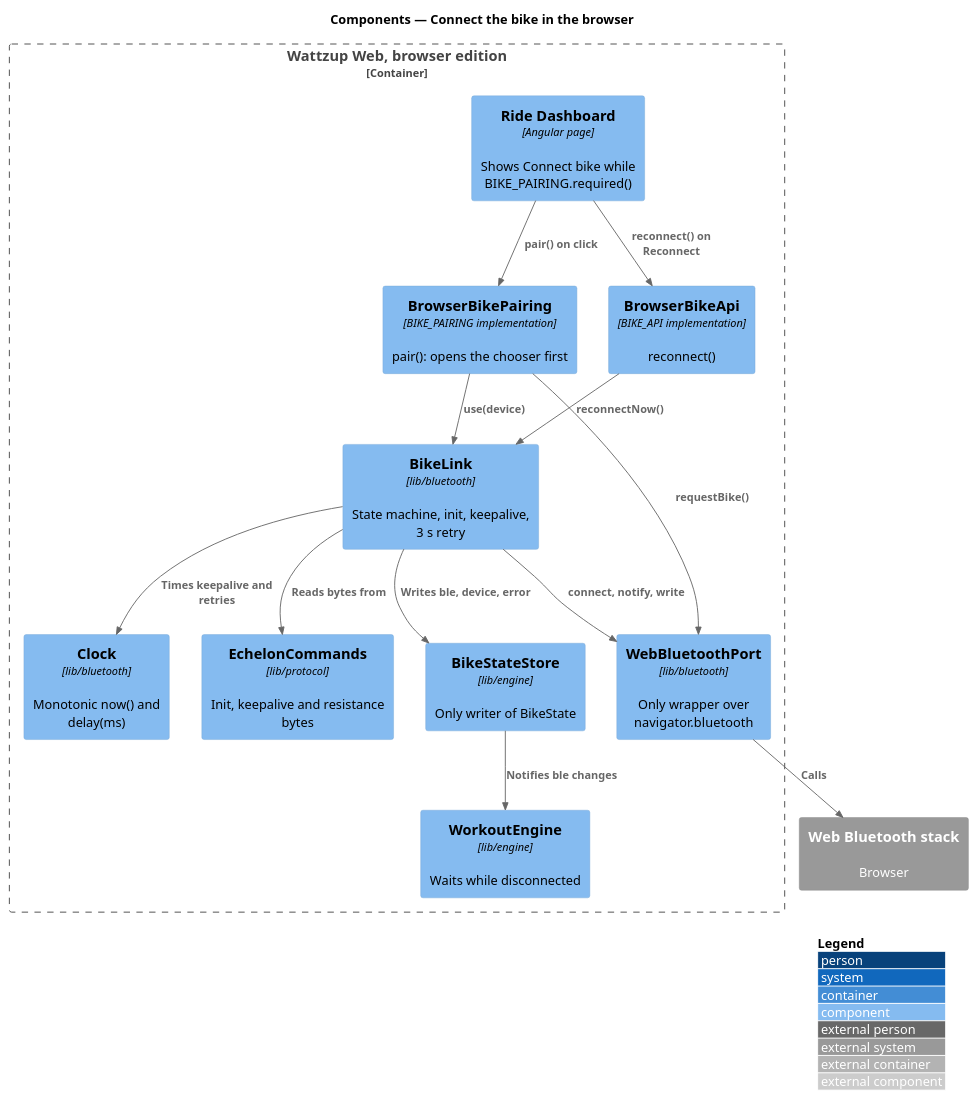
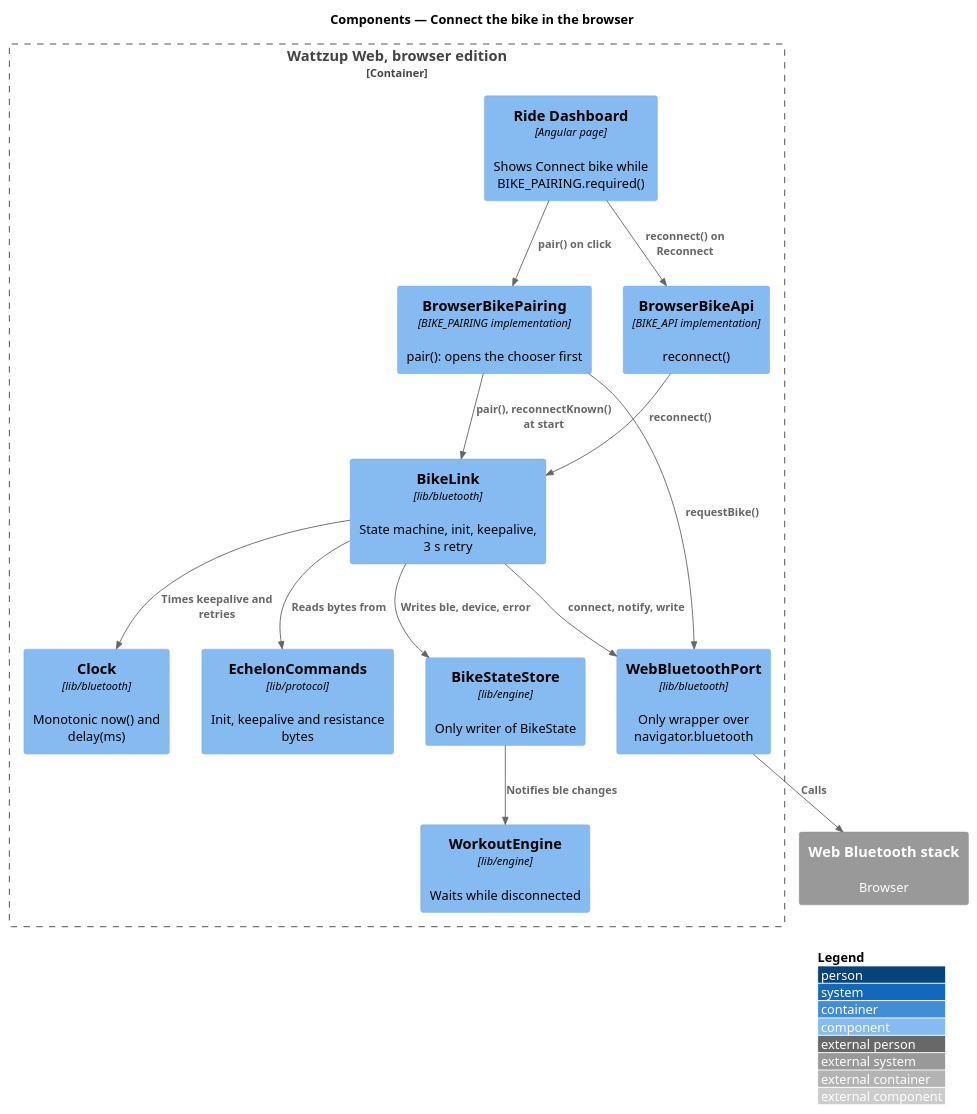
One commit to QuinntyneBrown/ride-one changed the diagram in docs/detailed-designs/browser-edition/connect-bike-in-browser/diagrams/c4-component.puml. Above: the diagram before and after it, drawn with PlantUML. The commit also changed 17 other files, not shown here.

```diff
--- a/docs/detailed-designs/browser-edition/connect-bike-in-browser/diagrams/c4-component.puml
+++ b/docs/detailed-designs/browser-edition/connect-bike-in-browser/diagrams/c4-component.puml
@@ -1,30 +1,30 @@
 @startuml
 !include <C4/C4_Component>
 LAYOUT_WITH_LEGEND()
 title Components — Connect the bike in the browser
 
 Container_Boundary(app, "Wattzup Web, browser edition") {
   Component(dash, "Ride Dashboard", "Angular page", "Shows Connect bike while BIKE_PAIRING.required()")
   Component(pairing, "BrowserBikePairing", "BIKE_PAIRING implementation", "pair(): opens the chooser first")
   Component(bikeapi, "BrowserBikeApi", "BIKE_API implementation", "reconnect()")
   Component(link, "BikeLink", "lib/bluetooth", "State machine, init, keepalive, 3 s retry")
   Component(port, "WebBluetoothPort", "lib/bluetooth", "Only wrapper over navigator.bluetooth")
   Component(frames, "EchelonCommands", "lib/protocol", "Init, keepalive and resistance bytes")
   Component(clock, "Clock", "lib/bluetooth", "Monotonic now() and delay(ms)")
   Component(store, "BikeStateStore", "lib/engine", "Only writer of BikeState")
   Component(engine, "WorkoutEngine", "lib/engine", "Waits while disconnected")
 }
 System_Ext(webbt, "Web Bluetooth stack", "Browser")
 
 Rel(dash, pairing, "pair() on click")
 Rel(dash, bikeapi, "reconnect() on Reconnect")
 Rel(pairing, port, "requestBike()")
-Rel(pairing, link, "use(device)")
-Rel(bikeapi, link, "reconnectNow()")
+Rel(pairing, link, "pair(), reconnectKnown() at start")
+Rel(bikeapi, link, "reconnect()")
 Rel(link, port, "connect, notify, write")
 Rel(link, frames, "Reads bytes from")
 Rel(link, clock, "Times keepalive and retries")
 Rel(link, store, "Writes ble, device, error")
 Rel(store, engine, "Notifies ble changes")
 Rel(port, webbt, "Calls")
 @enduml
```
